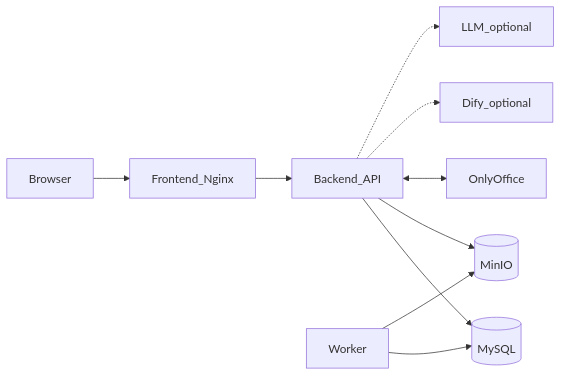
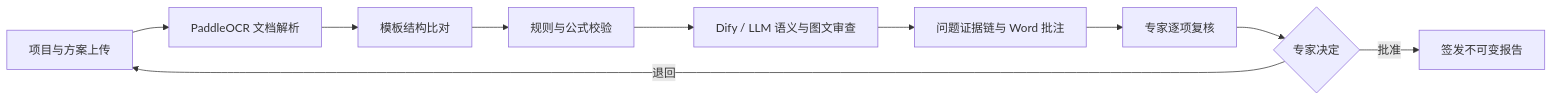
The first of 2 diagrams in README.md (JackYStack/smart-review-system), drawn with Mermaid before and after one commit. The commit also changed other lines of this file, not shown here.

````diff
--- a/README.md
+++ b/README.md
@@ -55,22 +29,12 @@
 ```mermaid
 flowchart LR
-  Browser[Browser]
-  Frontend[Frontend_Nginx]
-  Backend[Backend_API]
-  Worker[Worker]
-  MySQL[(MySQL)]
-  MinIO[(MinIO)]
-  OnlyOffice[OnlyOffice]
-  Dify[Dify_optional]
-  LLM[LLM_optional]
-
-  Browser --> Frontend
-  Frontend --> Backend
-  Backend --> MySQL
-  Backend --> MinIO
-  Worker --> MySQL
-  Worker --> MinIO
-  Backend <--> OnlyOffice
-  Backend -.-> Dify
-  Backend -.-> LLM
+  A[项目与方案上传] --> B[PaddleOCR 文档解析]
+  B --> C[模板结构比对]
+  C --> D[规则与公式校验]
+  D --> E[Dify / LLM 语义与图文审查]
+  E --> F[问题证据链与 Word 批注]
+  F --> G[专家逐项复核]
+  G --> H{专家决定}
+  H -->|退回| A
+  H -->|批准| I[签发不可变报告]
 ```
````
